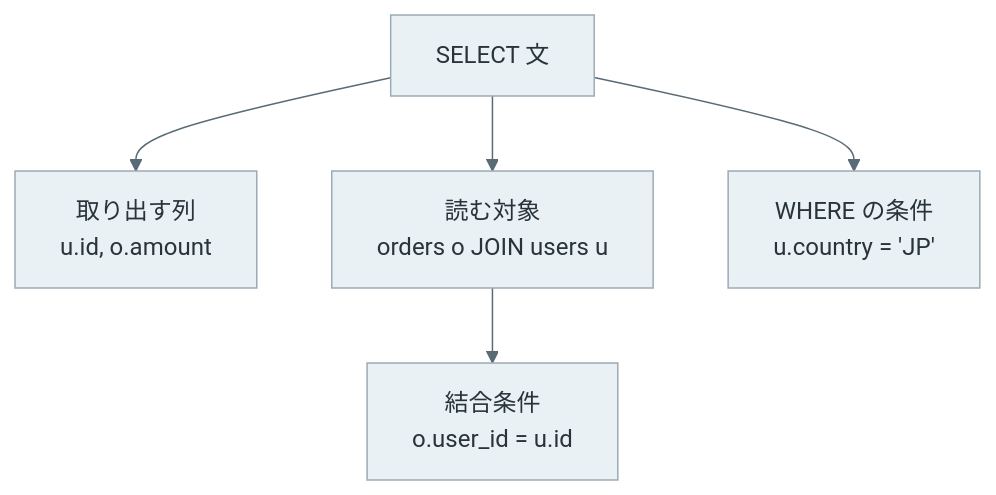
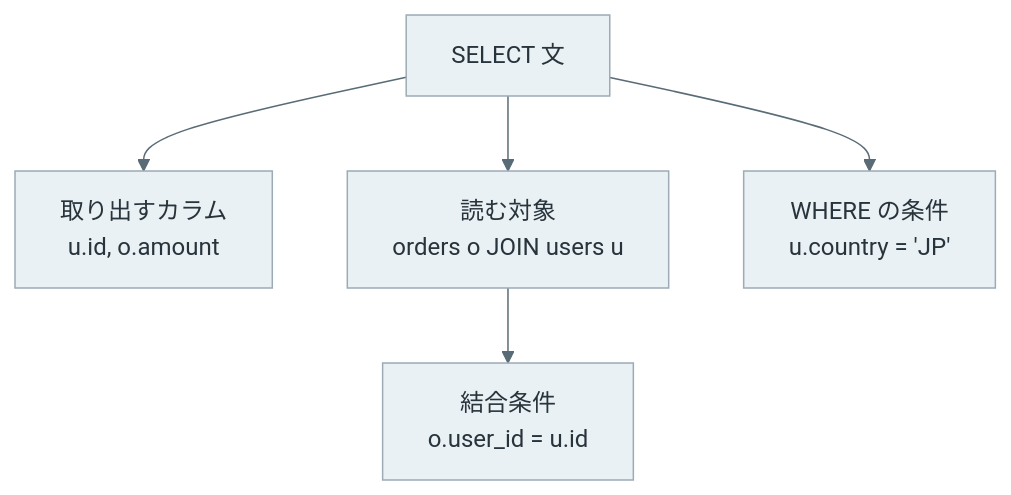
The first of 6 diagrams in content/notes/database-systems/query-processing/index.md (nao1215/debimate), drawn with Mermaid before and after one commit. The commit also changed other lines of this file and 125 other files, not shown here.

````diff
--- a/content/notes/database-systems/query-processing/index.md
+++ b/content/notes/database-systems/query-processing/index.md
@@ -109,9 +115,9 @@
 ```mermaid
 %%{init: {"theme":"base","themeVariables":{"primaryColor":"#eaf1f5","primaryTextColor":"#28343b","primaryBorderColor":"#9cabb5","lineColor":"#596b76","textColor":"#28343b","actorBkg":"#eaf1f5","actorBorder":"#9cabb5","actorTextColor":"#28343b","actorLineColor":"#9cabb5","signalColor":"#596b76","signalTextColor":"#28343b","noteBkgColor":"#f7f1e5","noteBorderColor":"#c5b99b","noteTextColor":"#403c32","activationBkgColor":"#edf3ef","activationBorderColor":"#9aafa1"}}}%%
 flowchart TB
-    S["SELECT 文"] --> C["取り出す列<br/>u.id, o.amount"]
+    S["SELECT 文"] --> C["取り出すカラム<br/>u.id, o.amount"]
     S --> F["読む対象<br/>orders o JOIN users u"]
     S --> W["WHERE の条件<br/>u.country = 'JP'"]
     F --> J["結合条件<br/>o.user_id = u.id"]
     classDef default fill:#eaf1f5,stroke:#9cabb5,color:#28343b;
 ```
````
